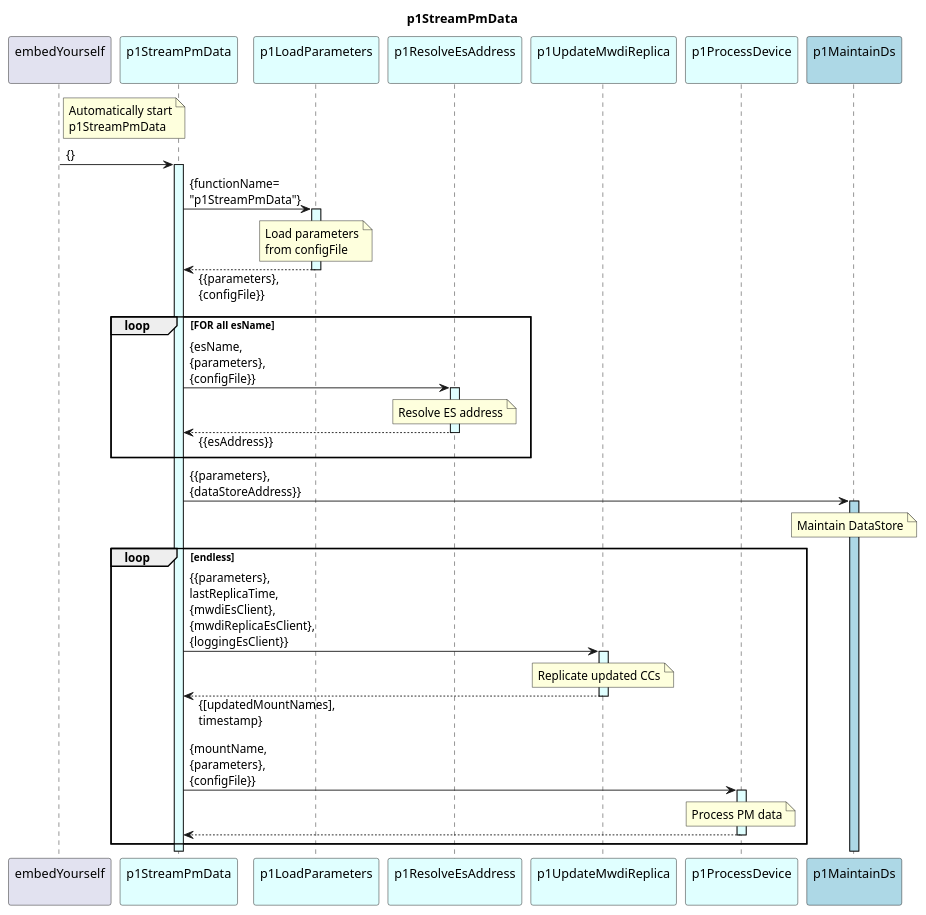
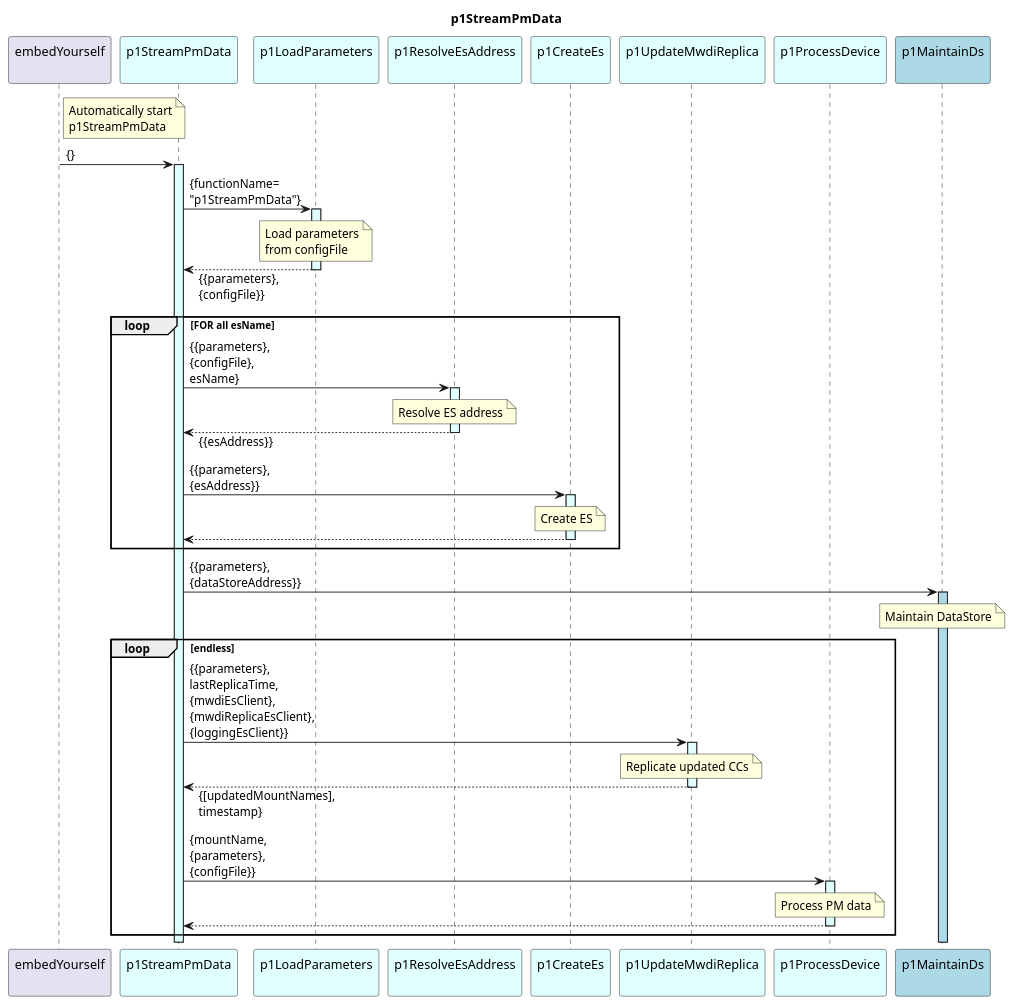
The diagram in spec/Functions/specificFunctions/p1StreamPmData/1.0.0/p1StreamPmData.plantuml (openBackhaul/DevicePerformanceManagementDataProcessor), drawn with PlantUML before and after one commit. The commit also changed 2 other files, not shown here.

Commit message:
Add p1CreateEs in p1StreamPmData

```diff
--- a/spec/Functions/specificFunctions/p1StreamPmData/1.0.0/p1StreamPmData.plantuml
+++ b/spec/Functions/specificFunctions/p1StreamPmData/1.0.0/p1StreamPmData.plantuml
@@ -1,68 +1,79 @@
 @startuml p1StreamPmData
 skinparam responseMessageBelowArrow true
 
 title
   p1StreamPmData
 end title
 
 participant "embedYourself\n" as embed
 participant "p1StreamPmData\n" as p1RMWDI #LightCyan
 participant "p1LoadParameters\n" as p1LP #LightCyan
 participant "p1ResolveEsAddress\n" as p1REA #LightCyan
+participant "p1CreateEs\n" as p1CMR #LightCyan
 participant "p1UpdateMwdiReplica\n" as p1UMR #LightCyan
 participant "p1ProcessDevice\n" as p1ProcessPm #LightCyan
 participant "p1MaintainDs\n" as p1MDS #LightBlue
 
 note right embed
   Automatically start
   p1StreamPmData
 end note
 embed -> p1RMWDI : {}
 activate p1RMWDI #LightCyan
 
   p1RMWDI -> p1LP : {functionName=\n"p1StreamPmData"}
   activate p1LP #LightCyan
     note over p1LP
       Load parameters
       from configFile
     end note
   p1RMWDI <-- p1LP : {{parameters},\n{configFile}}
   deactivate p1LP
 
   Loop FOR all esName
-    p1RMWDI -> p1REA : {esName,\n{parameters},\n{configFile}}
+
+    p1RMWDI -> p1REA : {{parameters},\n{configFile},\nesName}
     activate p1REA #LightCyan
       note over p1REA
         Resolve ES address
       end note
     p1RMWDI <-- p1REA : {{esAddress}}
     deactivate p1REA
+
+    p1RMWDI -> p1CMR : {{parameters},\n{esAddress}}
+    activate p1CMR #LightCyan
+      note over p1CMR
+        Create ES
+      end note
+    p1RMWDI <-- p1CMR
+    deactivate p1CMR
+
   end Loop
 
   p1RMWDI -> p1MDS : {{parameters},\n{dataStoreAddress}}
   activate p1MDS #LightBlue
     note over p1MDS
       Maintain DataStore
     end note
 
   Loop endless
 
     p1RMWDI -> p1UMR : {{parameters},\nlastReplicaTime,\n{mwdiEsClient},\n{mwdiReplicaEsClient},\n{loggingEsClient}}
     activate p1UMR #LightCyan
       note over p1UMR
         Replicate updated CCs
       end note
     p1RMWDI <-- p1UMR : {[updatedMountNames],\ntimestamp}
     deactivate p1UMR
 
     p1RMWDI -> p1ProcessPm : {mountName,\n{parameters},\n{configFile}}
     activate p1ProcessPm #LightCyan
       note over p1ProcessPm
         Process PM data
       end note
     p1RMWDI <-- p1ProcessPm
     deactivate p1ProcessPm
 
   end Loop
 
 @enduml
```
